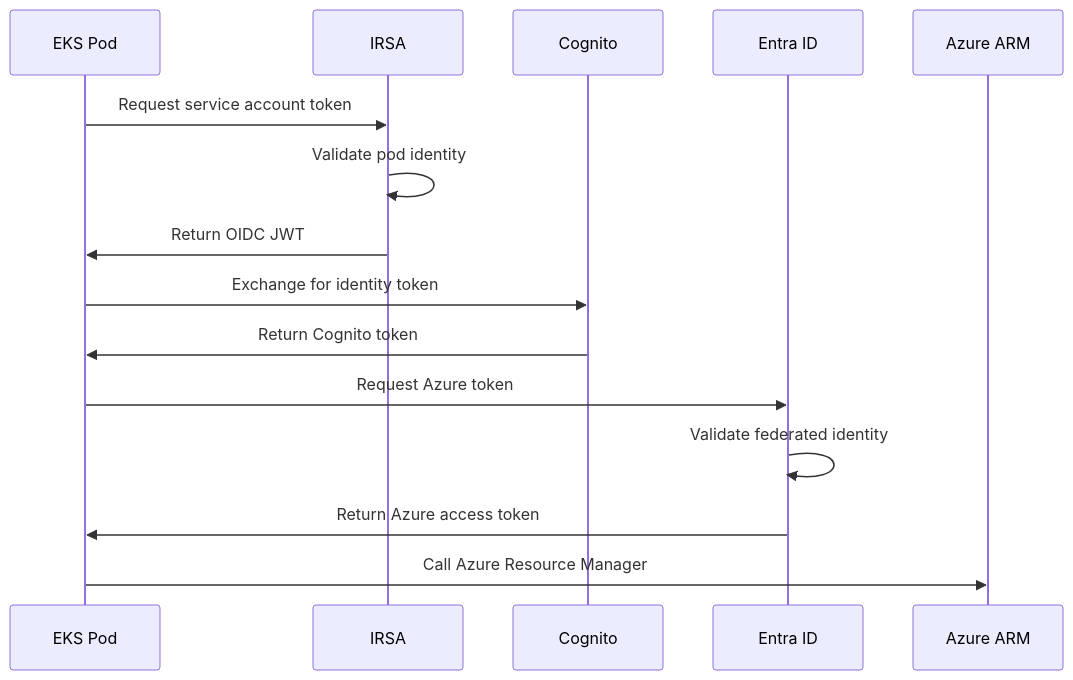
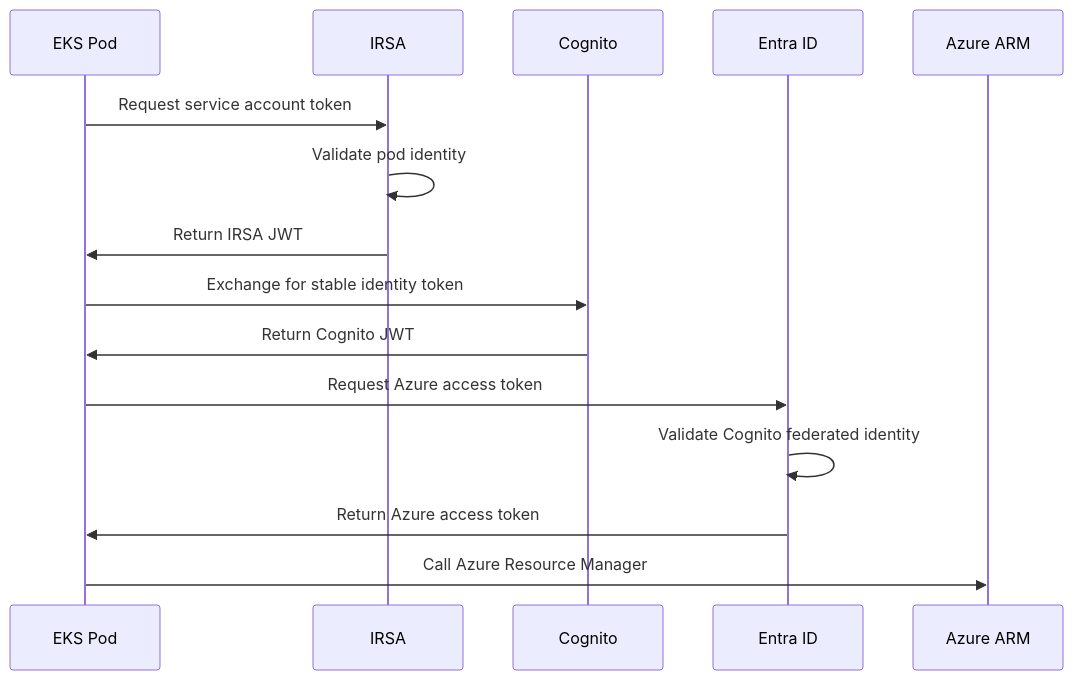
The second of 2 diagrams in demo/ARCHITECTURE.md (stevejarvis/bsideslv25-credential-chaos), drawn with Mermaid before and after one commit. The commit also changed other lines of this file and 16 other files, not shown here.

````diff
--- a/demo/ARCHITECTURE.md
+++ b/demo/ARCHITECTURE.md
@@ -41,18 +43,18 @@
 ```mermaid
 sequenceDiagram
     participant EKS as EKS Pod
     participant IRSA as IRSA
     participant Cognito as Cognito
     participant Entra as Entra ID
     participant ARM as Azure ARM
     
     EKS->>IRSA: Request service account token
     IRSA->>IRSA: Validate pod identity
-    IRSA->>EKS: Return OIDC JWT
-    EKS->>Cognito: Exchange for identity token
-    Cognito->>EKS: Return Cognito token
-    EKS->>Entra: Request Azure token
-    Entra->>Entra: Validate federated identity
+    IRSA->>EKS: Return IRSA JWT
+    EKS->>Cognito: Exchange for stable identity token
+    Cognito->>EKS: Return Cognito JWT
+    EKS->>Entra: Request Azure access token
+    Entra->>Entra: Validate Cognito federated identity
     Entra->>EKS: Return Azure access token
     EKS->>ARM: Call Azure Resource Manager
 ```
````
